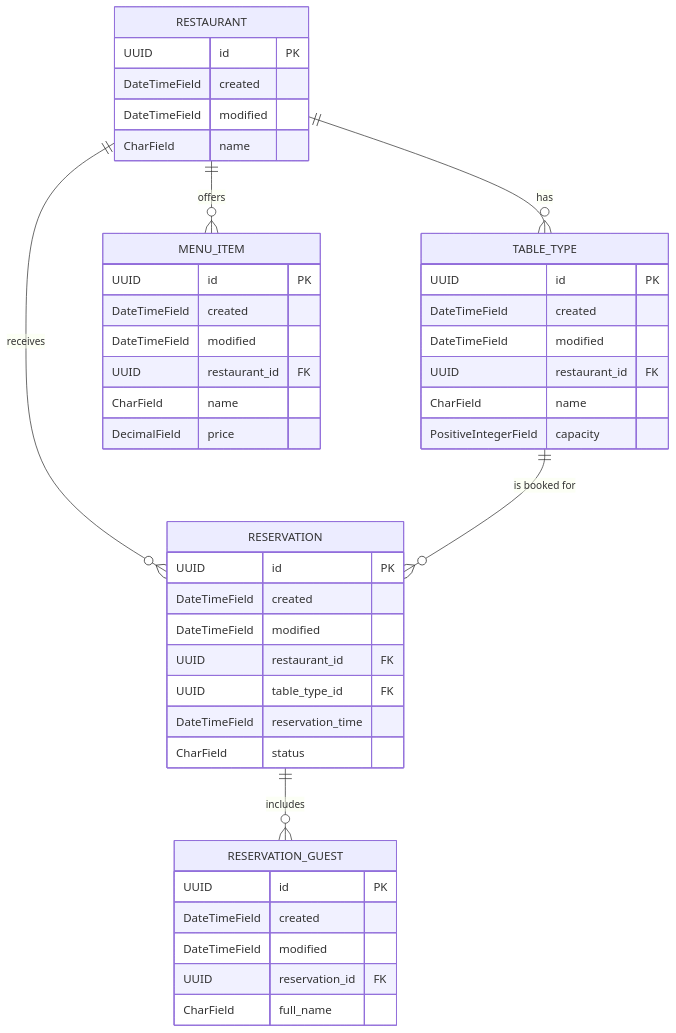
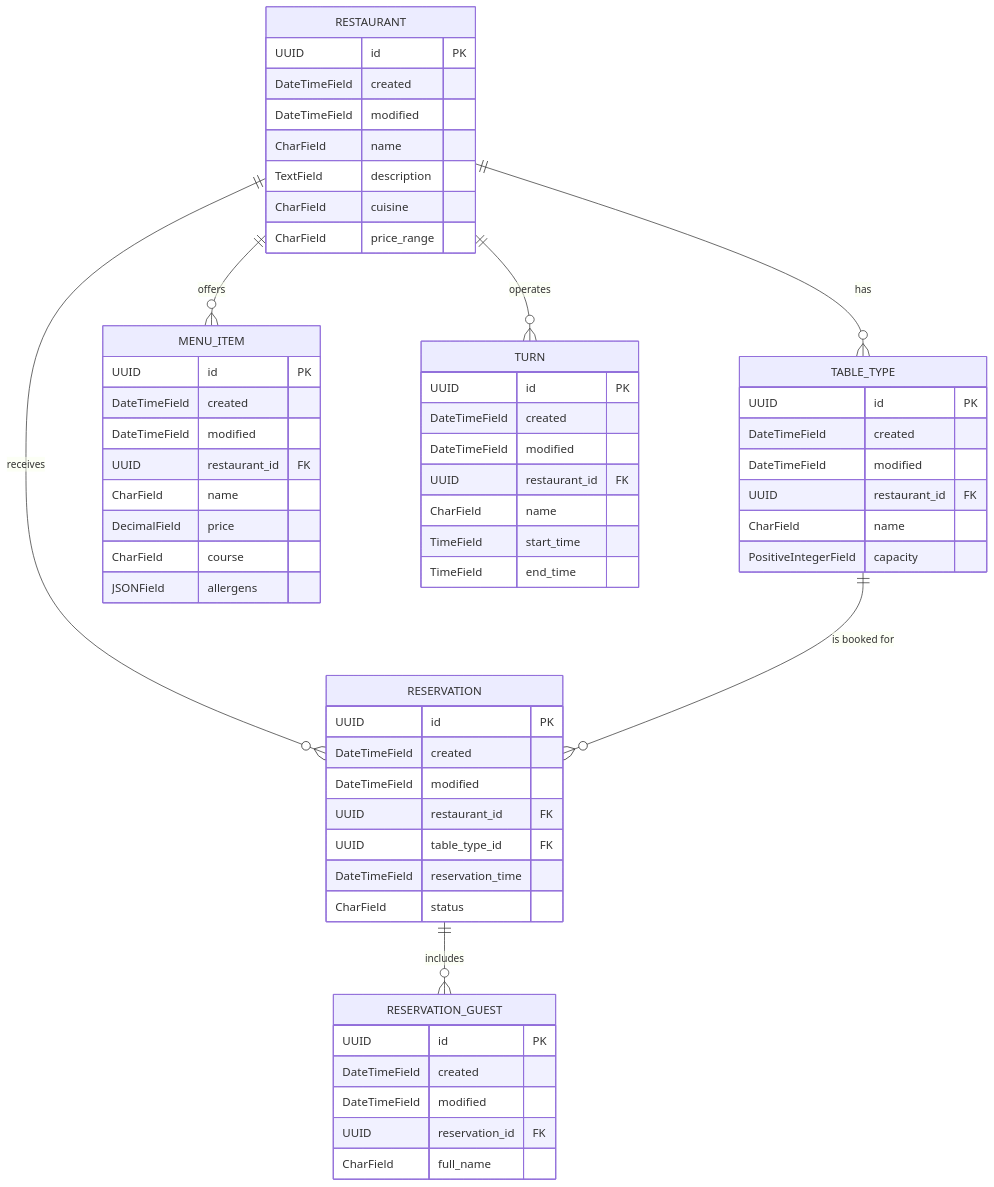
One commit to Andress-Mallea/evaluacion-backend. changed the first of 2 diagrams in README.md. Above: the diagram before and after it, drawn with Mermaid.

Commit message:
Enhance restaurant ER diagram with additional fields
Added fields for description, cuisine, price range, course, allergens, and turn times in the restaurant ER diagram.

````diff
--- a/README.md
+++ b/README.md
@@ -57,47 +57,62 @@
 ```mermaid
 erDiagram
     RESTAURANT ||--o{ TABLE_TYPE : "has"
     RESTAURANT ||--o{ MENU_ITEM : "offers"
     RESTAURANT ||--o{ RESERVATION : "receives"
+    RESTAURANT ||--o{ TURN : "operates"
     TABLE_TYPE ||--o{ RESERVATION : "is booked for"
     RESERVATION ||--o{ RESERVATION_GUEST : "includes"
 
     RESTAURANT {
         UUID id PK
         DateTimeField created
         DateTimeField modified
         CharField name
+        TextField description
+        CharField cuisine
+        CharField price_range
     }
     TABLE_TYPE {
         UUID id PK
         DateTimeField created
         DateTimeField modified
         UUID restaurant_id FK
         CharField name
         PositiveIntegerField capacity
     }
     MENU_ITEM {
         UUID id PK
         DateTimeField created
         DateTimeField modified
         UUID restaurant_id FK
         CharField name
         DecimalField price
+        CharField course
+        JSONField allergens
+    }
+    TURN {
+        UUID id PK
+        DateTimeField created
+        DateTimeField modified
+        UUID restaurant_id FK
+        CharField name
+        TimeField start_time
+        TimeField end_time
     }
     RESERVATION {
         UUID id PK
         DateTimeField created
         DateTimeField modified
         UUID restaurant_id FK
         UUID table_type_id FK
         DateTimeField reservation_time
         CharField status
     }
     RESERVATION_GUEST {
         UUID id PK
         DateTimeField created
         DateTimeField modified
         UUID reservation_id FK
         CharField full_name
     }
 ```
````
